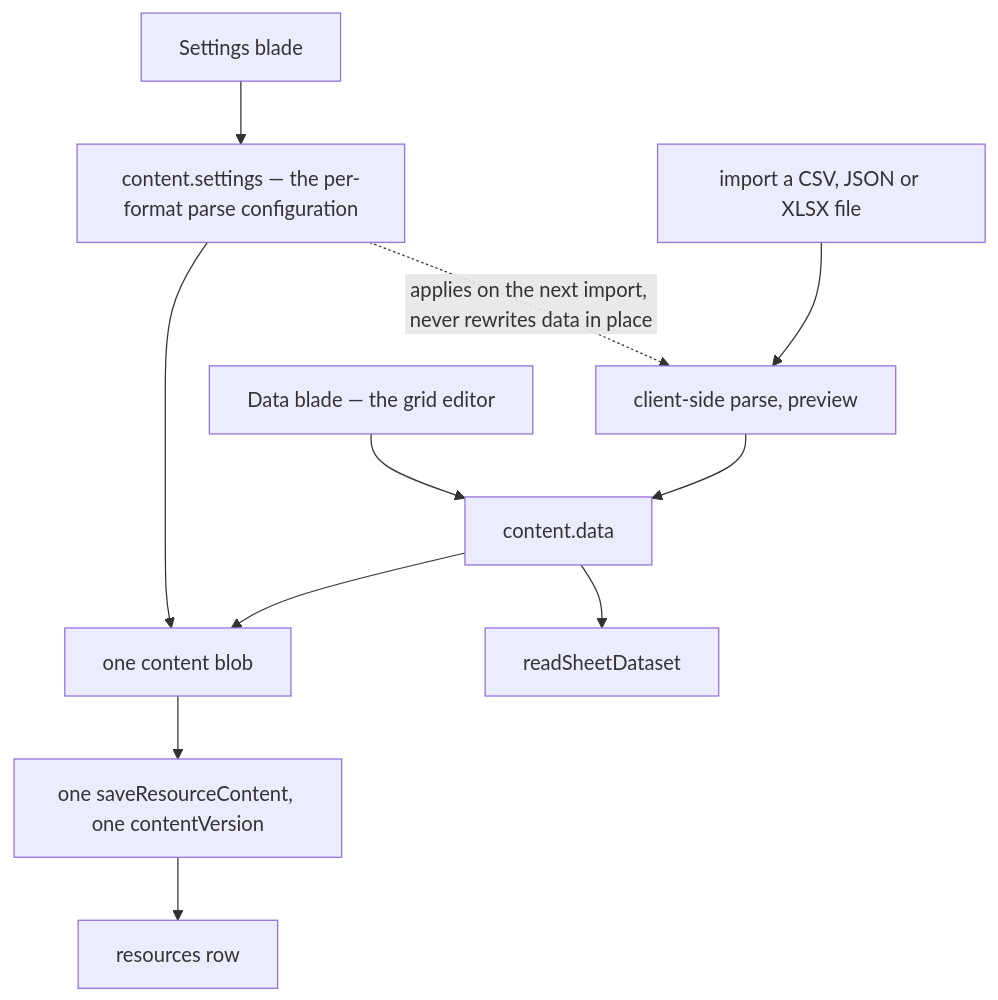
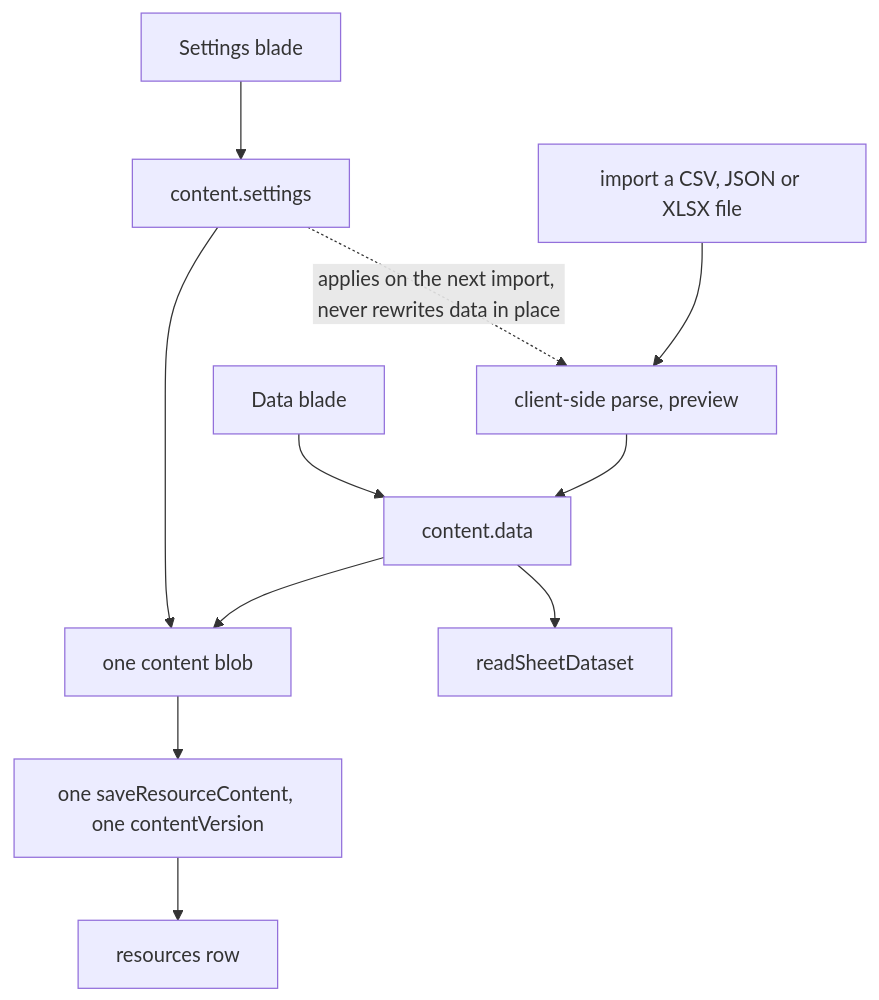
Before and after one commit to Esposter/Esposter: the diagram in openspec/specs/resource/sheet-resource/design.md, drawn with Mermaid. The commit also changed other lines of this file and 13 other files, not shown here.

````diff
--- a/openspec/specs/resource/sheet-resource/design.md
+++ b/openspec/specs/resource/sheet-resource/design.md
@@ -13,14 +13,14 @@
 ```mermaid
 flowchart TD
   IMPORT["import a CSV, JSON or XLSX file"] --> PARSE["client-side parse, preview"]
   PARSE --> DATA["content.data"]
   ROW["resources row"]
-  SETTINGSFORM["Settings blade"] --> SETTINGS["content.settings — the per-format parse configuration"]
-  GRID["Data blade — the grid editor"] --> DATA
+  SETTINGSFORM["Settings blade"] --> SETTINGS["content.settings"]
+  GRID["Data blade"] --> DATA
   DATA --> BLOB["one content blob"]
   SETTINGS --> BLOB
   BLOB --> SAVE["one saveResourceContent, one contentVersion"]
   SAVE --> ROW
   DATA --> DATASET["readSheetDataset"]
   SETTINGS -.->|"applies on the next import, never rewrites data in place"| PARSE
 ```
````
